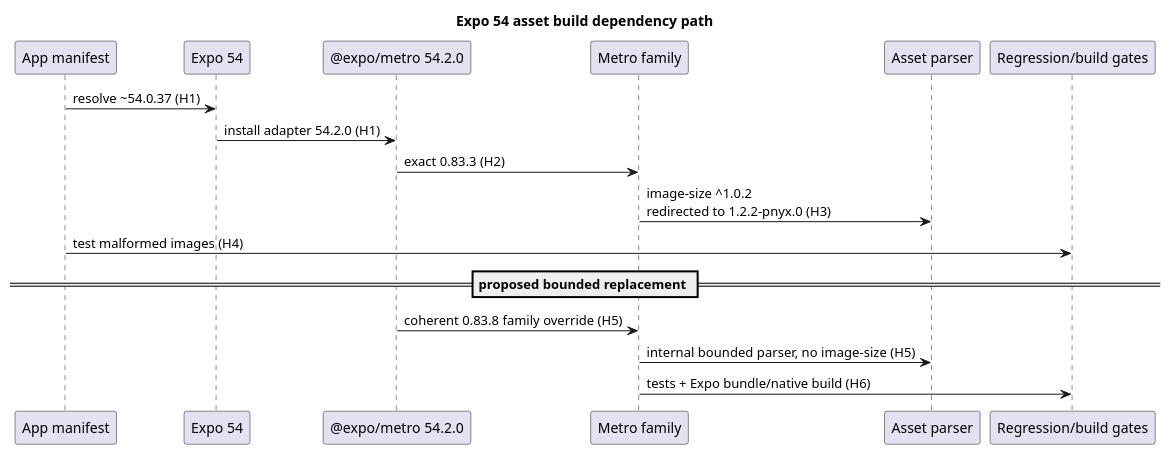
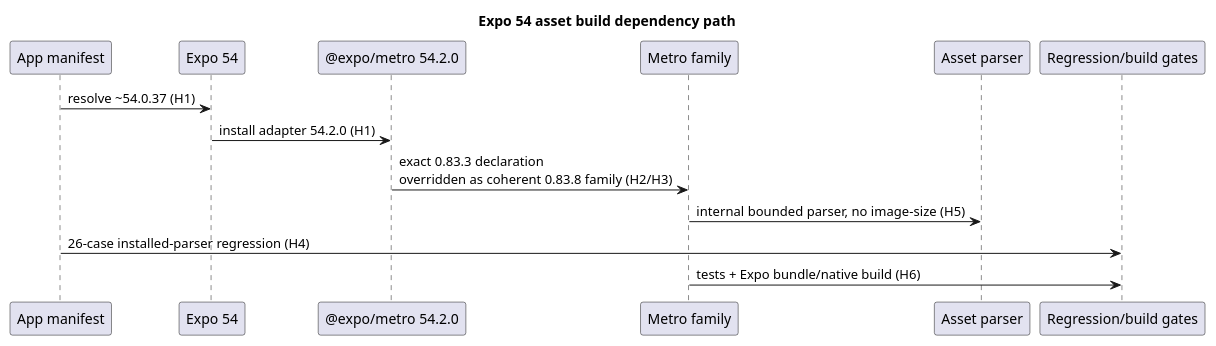
One commit to NeaBouli/pnyx changed the diagram in docs/architecture/main-path.puml. Above: the diagram before and after it, drawn with PlantUML. The commit also changed 11 other files, not shown here.

First line of the commit message:
fix(mobile): adopt Metro 0.83.8 image parser, drop image-size (T-506)

```diff
--- a/docs/architecture/main-path.puml
+++ b/docs/architecture/main-path.puml
@@ -1,21 +1,17 @@
 @startuml
 title Expo 54 asset build dependency path
 
 participant "App manifest" as APP
 participant "Expo 54" as EXPO
 participant "@expo/metro 54.2.0" as EM
 participant "Metro family" as METRO
 participant "Asset parser" as PARSER
 participant "Regression/build gates" as GATES
 
 APP -> EXPO : resolve ~54.0.37 (H1)
 EXPO -> EM : install adapter 54.2.0 (H1)
-EM -> METRO : exact 0.83.3 (H2)
-METRO -> PARSER : image-size ^1.0.2\nredirected to 1.2.2-pnyx.0 (H3)
-APP -> GATES : test malformed images (H4)
-
-== proposed bounded replacement ==
-EM -> METRO : coherent 0.83.8 family override (H5)
+EM -> METRO : exact 0.83.3 declaration\noverridden as coherent 0.83.8 family (H2/H3)
 METRO -> PARSER : internal bounded parser, no image-size (H5)
+APP -> GATES : 26-case installed-parser regression (H4)
 METRO -> GATES : tests + Expo bundle/native build (H6)
 @enduml
```
